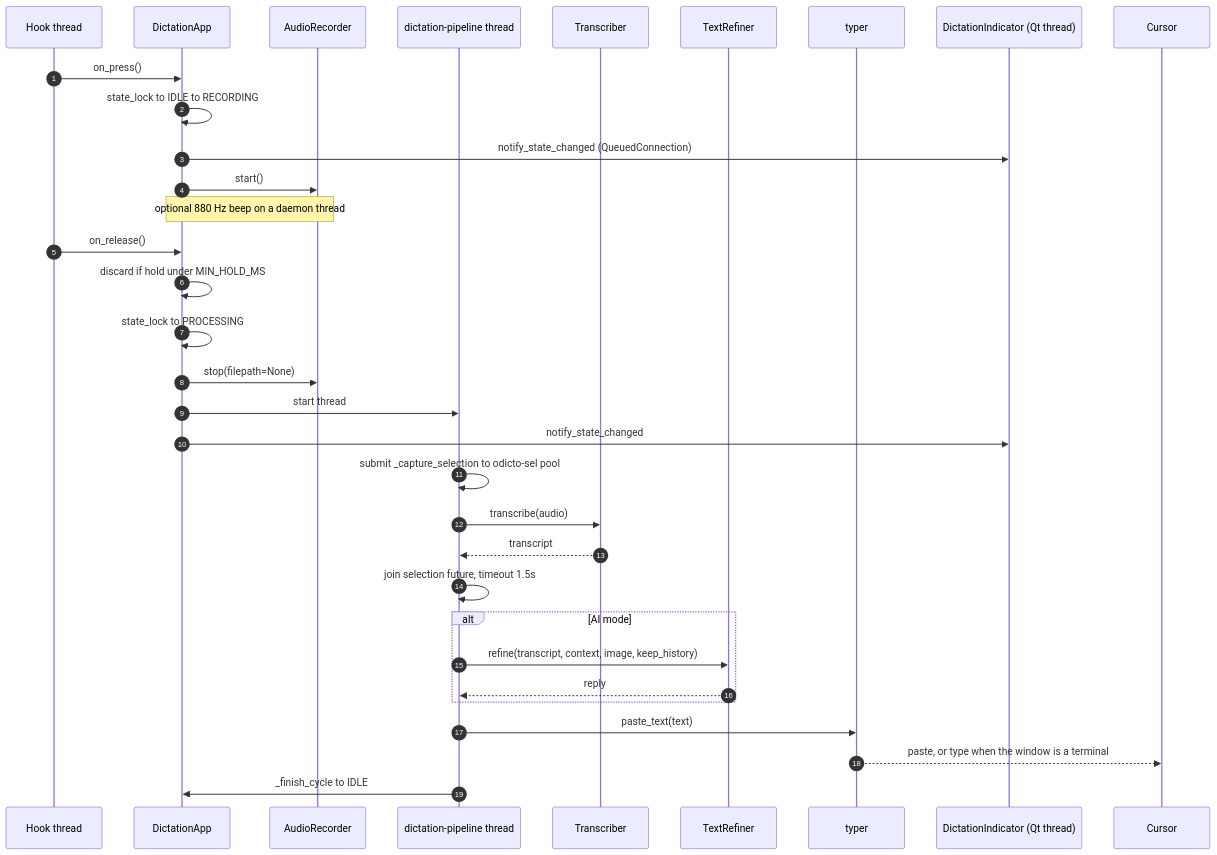
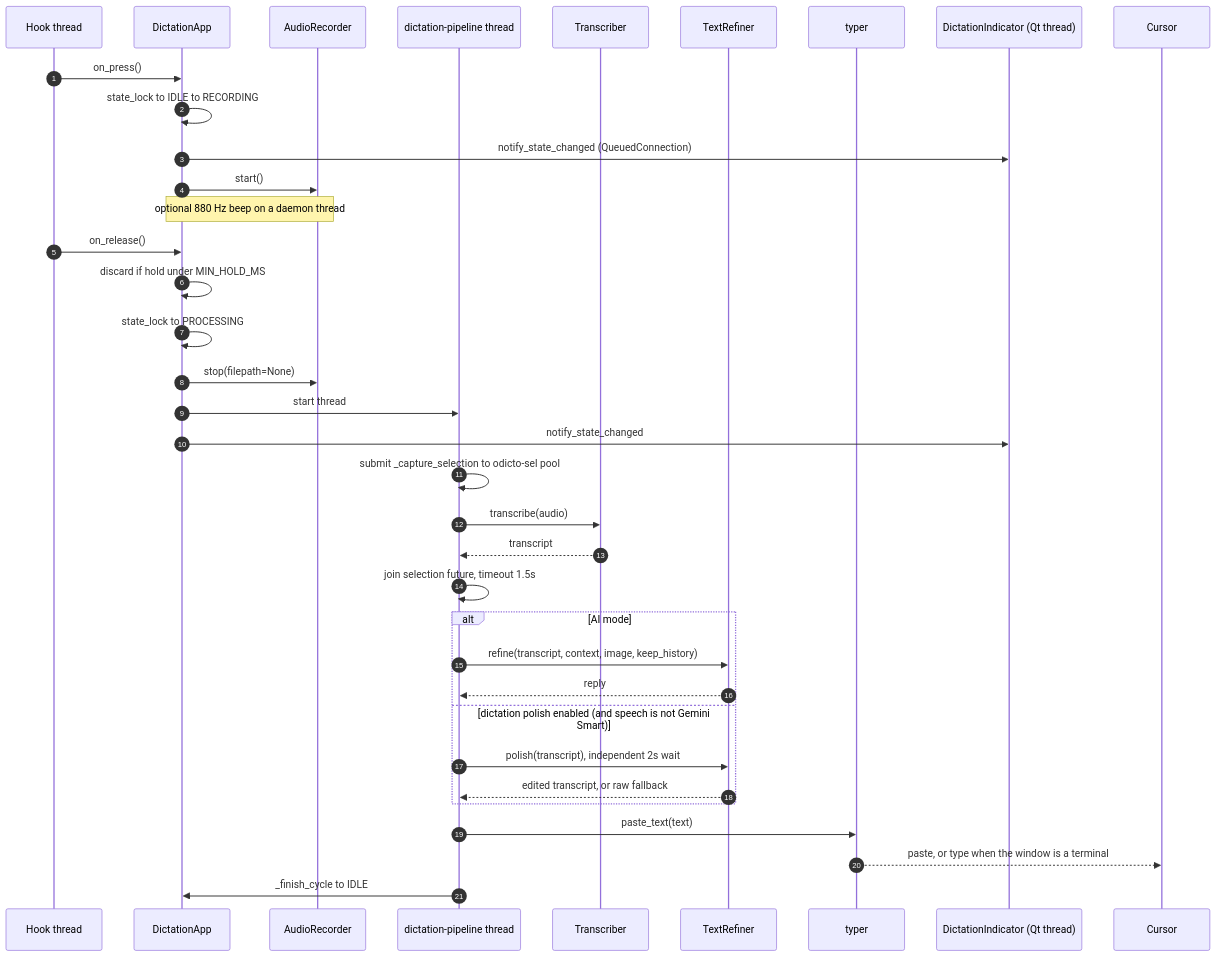
The third of 7 diagrams in docs/architecture.md (Gargeya-Grey/Odicto), drawn with Mermaid before and after one commit. The commit also changed other lines of this file and 50 other files, not shown here.

````diff
--- a/docs/architecture.md
+++ b/docs/architecture.md
@@ -147,37 +177,40 @@
 ```mermaid
 sequenceDiagram
     autonumber
     participant Hook as Hook thread
     participant App as DictationApp
     participant Rec as AudioRecorder
     participant Pipe as dictation-pipeline thread
     participant STT as Transcriber
     participant LLM as TextRefiner
     participant Typ as typer
     participant HUD as DictationIndicator (Qt thread)
 
     Hook->>App: on_press()
     App->>App: state_lock to IDLE to RECORDING
     App->>HUD: notify_state_changed (QueuedConnection)
     App->>Rec: start()
     Note over App,Rec: optional 880 Hz beep on a daemon thread
 
     Hook->>App: on_release()
     App->>App: discard if hold under MIN_HOLD_MS
     App->>App: state_lock to PROCESSING
     App->>Rec: stop(filepath=None)
     App->>Pipe: start thread
     App->>HUD: notify_state_changed
 
     Pipe->>Pipe: submit _capture_selection to odicto-sel pool
     Pipe->>STT: transcribe(audio)
     STT-->>Pipe: transcript
     Pipe->>Pipe: join selection future, timeout 1.5s
     alt AI mode
         Pipe->>LLM: refine(transcript, context, image, keep_history)
         LLM-->>Pipe: reply
+    else dictation polish enabled (and speech is not Gemini Smart)
+        Pipe->>LLM: polish(transcript), independent 2s wait
+        LLM-->>Pipe: edited transcript, or raw fallback
     end
     Pipe->>Typ: paste_text(text)
     Typ-->>Cursor: paste, or type when the window is a terminal
     Pipe->>App: _finish_cycle to IDLE
 ```
````
